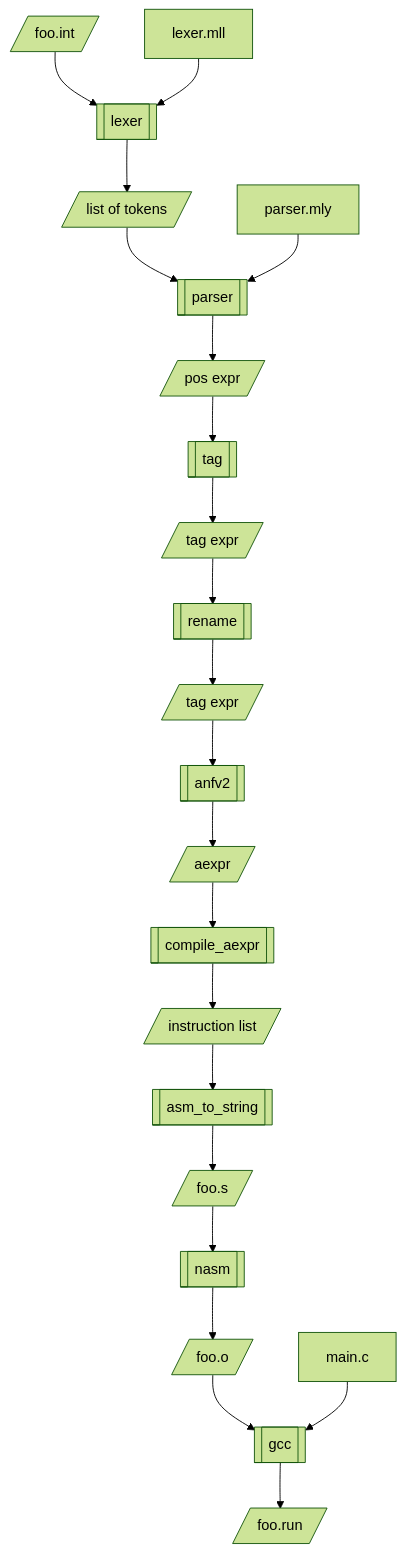
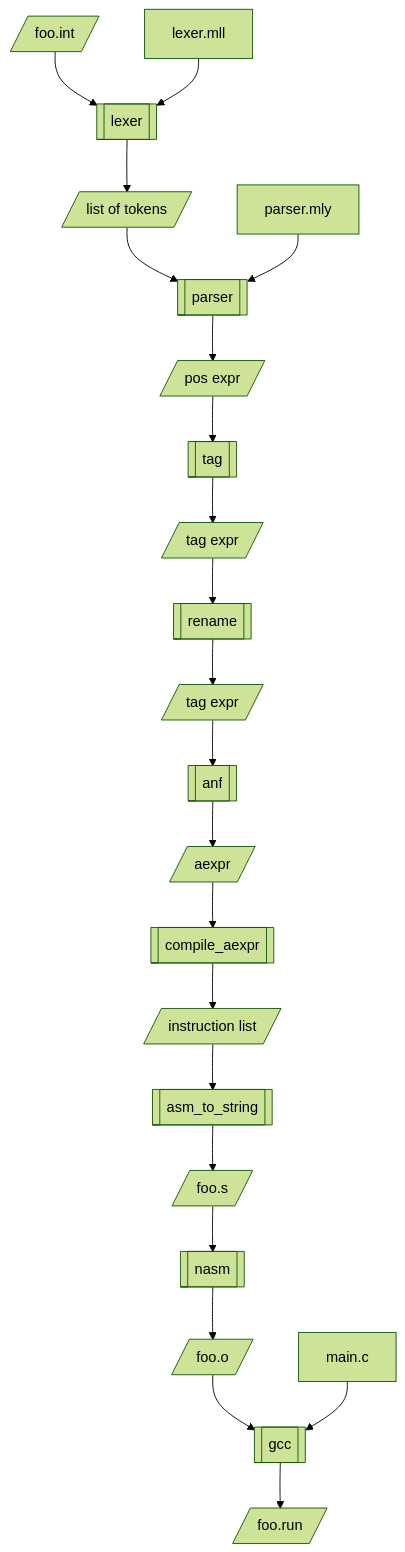
Before and after one commit to humberto-ortiz/compilers-2025: the diagram in compiler-diagram.md, drawn with Mermaid (forest theme).

Commit message:
Rename anf

````diff
--- a/compiler-diagram.md
+++ b/compiler-diagram.md
@@ -3,44 +3,44 @@
 ```mermaid
 flowchart TD
 in[/foo.int/]
  -->
 lexer[[lexer]] 
  -->
 tok[/list of tokens/]
  -->
 parser[[parser]]
  -->
 expr[/pos expr/]
  -->
 tag[[tag]]
  -->
 tagged[/tag expr/]
 -->
 rename[[rename]]
  -->
 renamed[/tag expr/]
 -->
-anfv2[[anfv2]]
+anf[[anf]]
  -->
 aexpr[/aexpr/]
  -->
 comp[[compile_aexpr]]
  -->
 inst[/instruction list/]
  -->
 asm[[asm_to_string]]
  -->
 s[/foo.s/]
  -->
 nasm[[nasm]]
  -->
 obj[/foo.o/]
  -->
 gcc[[gcc]]
  -->
 run[/foo.run/]
 
 mll[lexer.mll] --> lexer
 mly[parser.mly] --> parser
 main.c --> gcc
 ```
````
